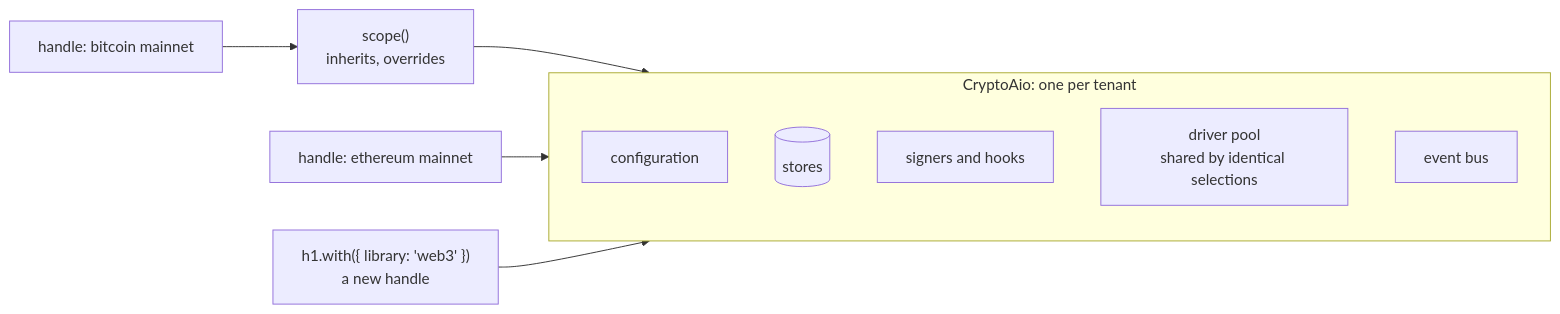
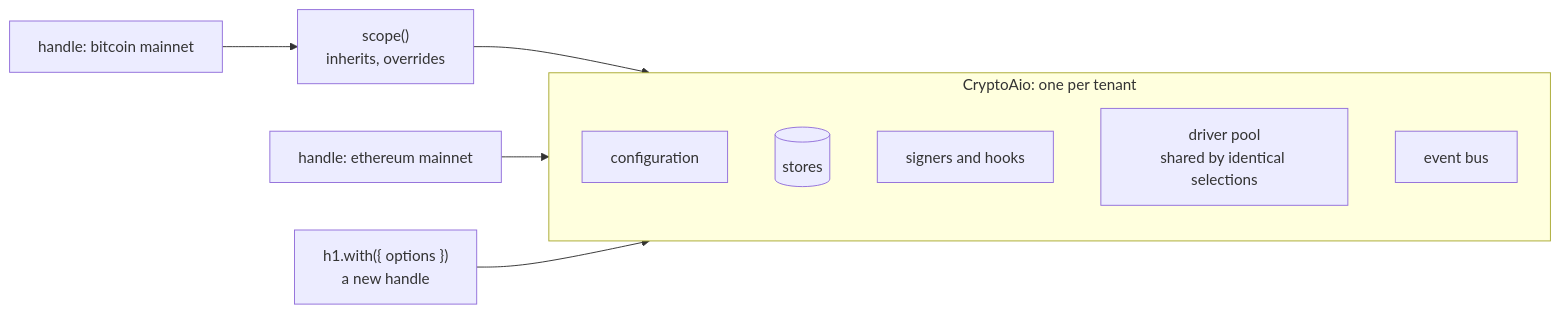
One commit to vhidvz/crypto-aio changed the second of 4 diagrams in docs/tour/architecture.md. Above: the diagram before and after it, drawn with Mermaid. The commit also changed other lines of this file and 470 other files, not shown here.

````diff
--- a/docs/tour/architecture.md
+++ b/docs/tour/architecture.md
@@ -90,14 +90,14 @@
 ```mermaid
 flowchart LR
   subgraph root["CryptoAio: one per tenant"]
     cfg["configuration"]
     st[("stores")]
     sg["signers and hooks"]
     pool["driver pool<br/>shared by identical selections"]
     bus["event bus"]
   end
   scope["scope()<br/>inherits, overrides"] --> root
   h1["handle: ethereum mainnet"] --> root
   h2["handle: bitcoin mainnet"] --> scope
-  h3["h1.with({ library: 'web3' })<br/>a new handle"] --> root
+  h3["h1.with({ options })<br/>a new handle"] --> root
 ```
````
